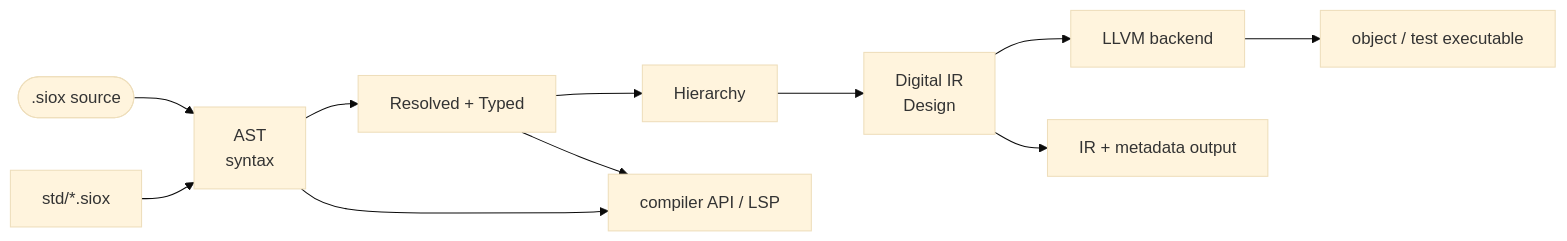
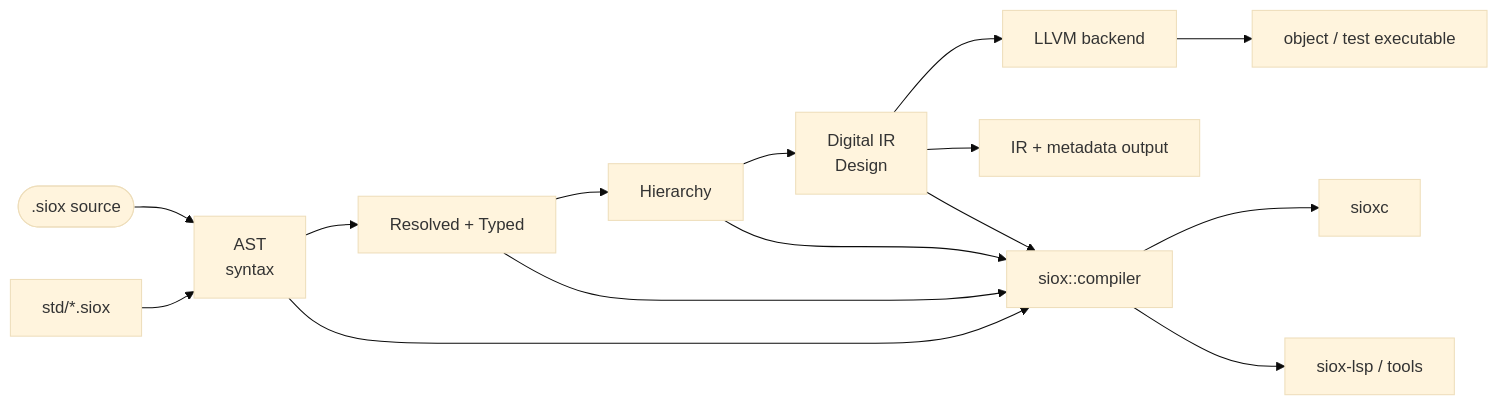
Before and after one commit to Siox-lang/sioxc: the diagram in docs/README.md, drawn with Mermaid (base theme). The commit also changed other lines of this file and 9 other files, not shown here.

Commit message:
add stable compiler embedding API

````diff
--- a/docs/README.md
+++ b/docs/README.md
@@ -34,13 +34,17 @@
 ```mermaid
 flowchart LR
     SRC([".siox source"]) --> AST["AST<br/>syntax"]
     STD["std/*.siox"] --> AST
     AST --> SEM["Resolved + Typed"]
     SEM --> HIER["Hierarchy"]
     HIER --> IR["Digital IR<br/>Design"]
     IR --> LLVM["LLVM backend"]
     LLVM --> OUT["object / test executable"]
     IR --> DUMP["IR + metadata output"]
-    AST --> API["compiler API / LSP"]
+    AST --> API["siox::compiler"]
     SEM --> API
+    HIER --> API
+    IR --> API
+    API --> CLI["sioxc"]
+    API --> LSP["siox-lsp / tools"]
 ```
````
